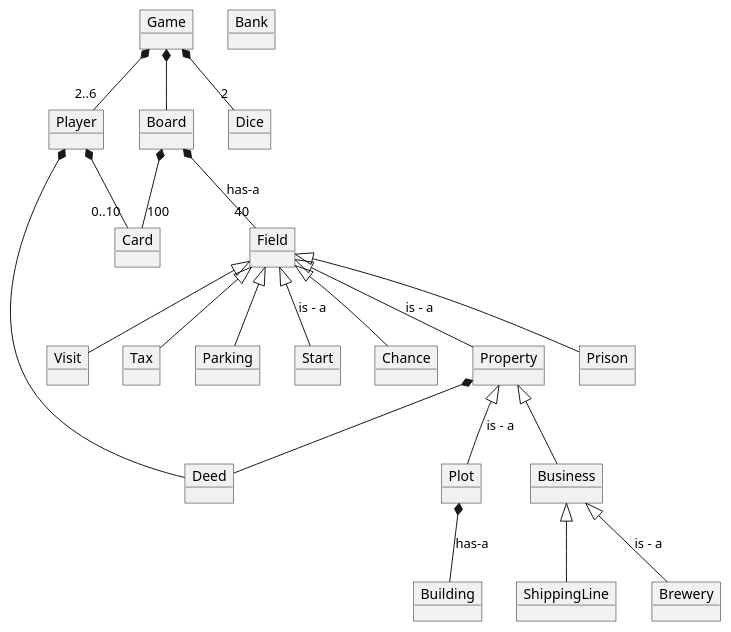
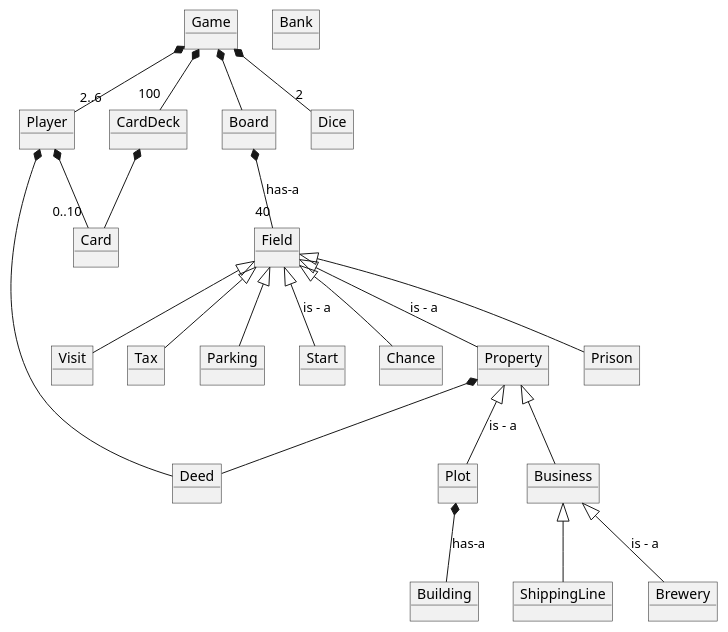
The diagram in doc/Domain_model.puml (tessG/Monopoly24), drawn with PlantUML before and after one commit. The commit also changed 1 other file, not shown here.

```diff
--- a/doc/Domain_model.puml
+++ b/doc/Domain_model.puml
@@ -1,55 +1,56 @@
 @startuml
-'https://plantuml.com/object-diagram
+'nyt: carddeck - card
 
 object Game
 object Player
 object Dice
+object CardDeck
 object Card
 object Board
 object Field
 object Property
 object Prison
 object Visit
 object Tax
 object Parking
 object Start
 object Chance
 object ShippingLine
 object Brewery
 object Building
 object Deed
 object Bank
 object Business
 object Plot
 
 Game *-- Board
 Game *-- "2..6" Player
 
 Game *-- "2" Dice
 Board *-- "40" Field : has-a
 
 Plot *-- Building: has-a
 Property *-- Deed
 Player *-- Deed
 Business <|-- ShippingLine
 Business <|-- Brewery : is - a
 
 Field <|-- Property : is - a
 Field <|-- Start : is - a
 Field <|-- Chance
 Field <|-- Parking
 Field <|-- Tax
 Field <|-- Prison
 Field <|-- Visit
 
 
 Property <|-- Business
 Property <|-- Plot: is - a
-Board  *-- "100" Card
+Game  *-- "100" CardDeck
 Player *-- "0..10" Card
-
+CardDeck *-- Card
 
 
 
 
 @enduml
```
